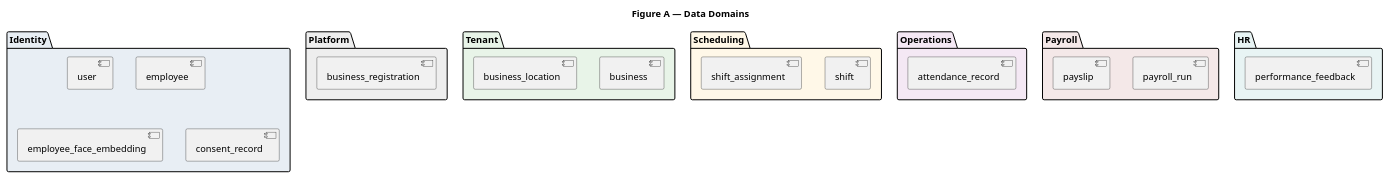
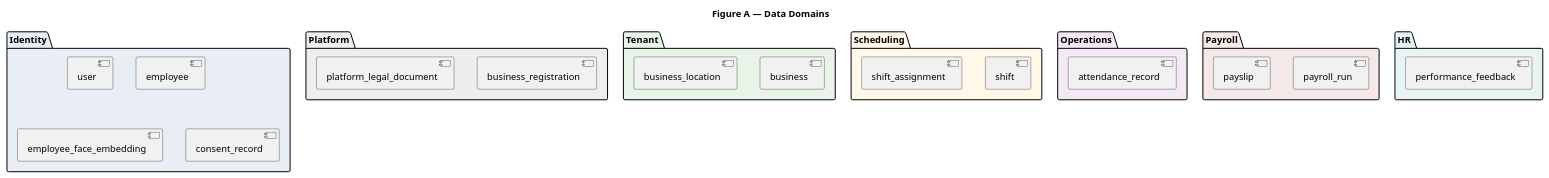
Before and after one commit to JRParreno/aroll: the first of 3 diagrams in docs/DATABASE-ERD.md, drawn with PlantUML. The commit also changed other lines of this file and 28 other files, not shown here.

````diff
--- a/docs/DATABASE-ERD.md
+++ b/docs/DATABASE-ERD.md
@@ -23,40 +23,41 @@
 ```plantuml
 @startuml ERD_Domains
 title Figure A — Data Domains
 
 package "Platform" #EEEEEE {
   [business_registration]
+  [platform_legal_document]
 }
 
 package "Tenant" #E8F4E8 {
   [business]
   [business_location]
 }
 
 package "Identity" #E8EEF4 {
   [user]
   [employee]
   [employee_face_embedding]
   [consent_record]
 }
 
 package "Scheduling" #FFF8E8 {
   [shift]
   [shift_assignment]
 }
 
 package "Operations" #F4E8F4 {
   [attendance_record]
 }
 
 package "Payroll" #F4E8E8 {
   [payroll_run]
   [payslip]
 }
 
 package "HR" #E8F4F4 {
   [performance_feedback]
 }
 
 @enduml
 ```
````
